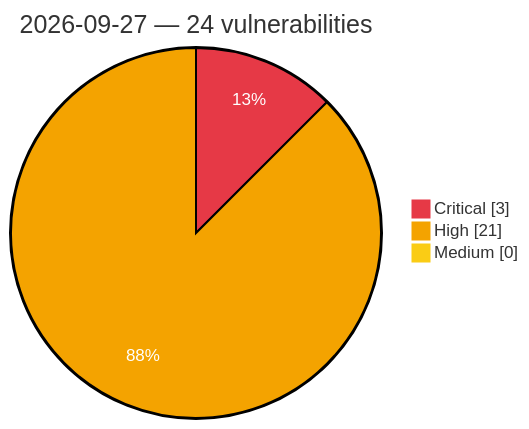
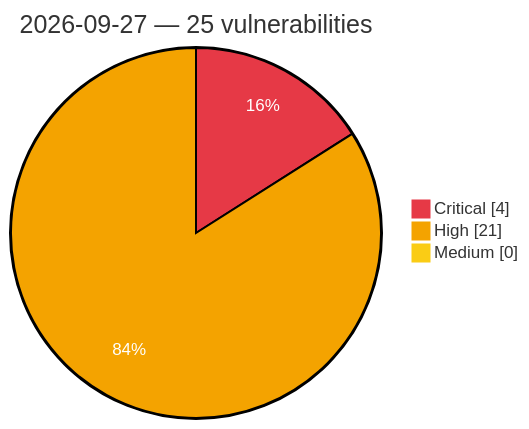
Before and after one commit to GhostX0X/vuln-tracker: the diagram in vulnerabilities/2026/September/2026-09-27.md, drawn with Mermaid. The commit also changed other lines of this file and 5 other files, not shown here.

````diff
--- a/vulnerabilities/2026/September/2026-09-27.md
+++ b/vulnerabilities/2026/September/2026-09-27.md
@@ -3,8 +3,8 @@
 ```mermaid
 %%{init: {'theme':'base', 'themeVariables': {'pie1':'#e63946', 'pie2':'#f4a300', 'pie3':'#facc15', 'pieOpacity':'1', 'pieOuterStrokeWidth':'2px', 'pieSectionTextColor':'#ffffff'}}}%%
 pie showData
-    title 2026-09-27 — 24 vulnerabilities
-    "Critical" : 3
+    title 2026-09-27 — 25 vulnerabilities
+    "Critical" : 4
     "High" : 21
     "Medium" : 0
 ```
````
